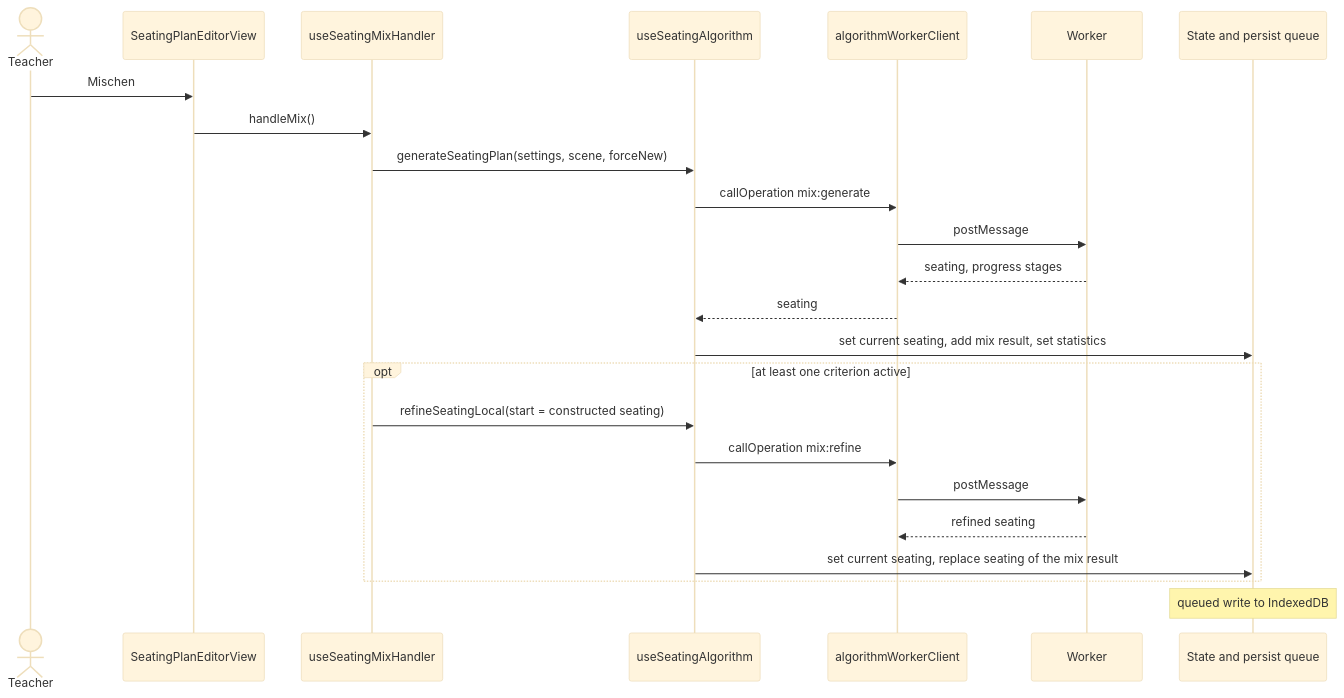
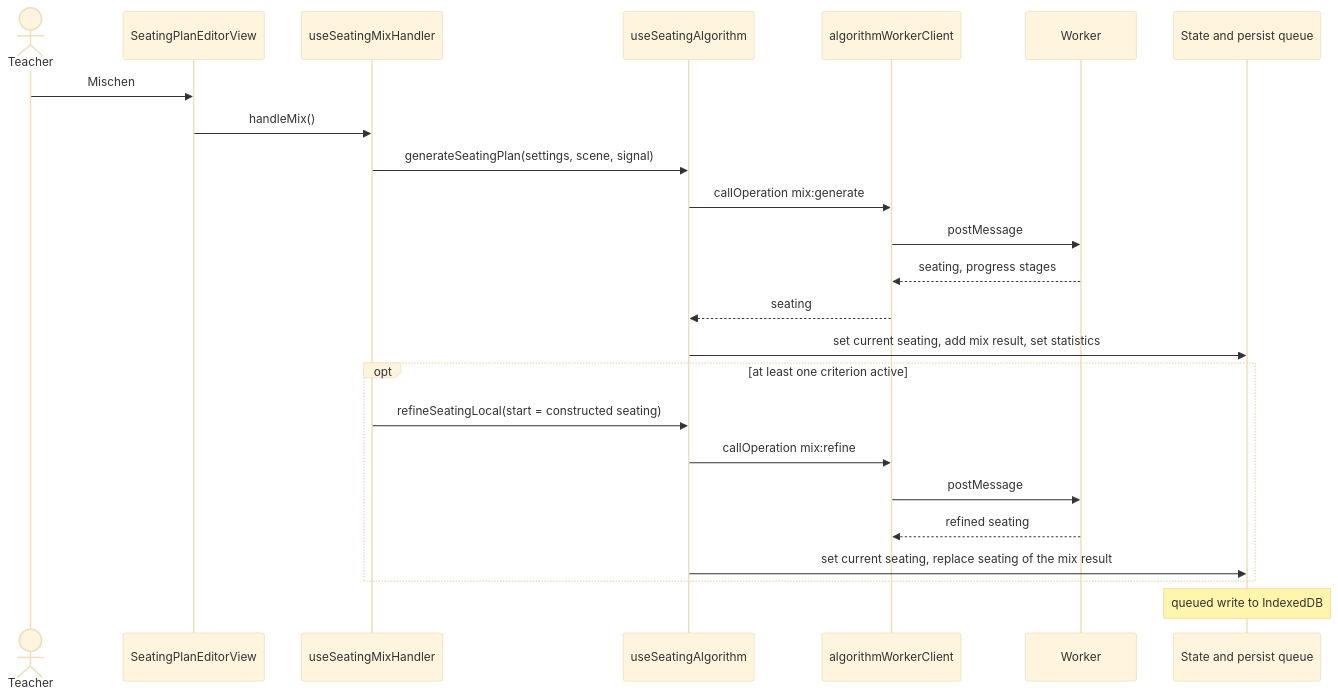
Before and after one commit to SirEckehard/Klassenplan: the second of 3 diagrams in docs/ARCHITECTURE.md, drawn with Mermaid (base theme). The commit also changed 80 other files, not shown here.

````diff
--- a/docs/ARCHITECTURE.md
+++ b/docs/ARCHITECTURE.md
@@ -203,27 +203,27 @@
 ```mermaid
 sequenceDiagram
   actor teacher as Teacher
   participant view as SeatingPlanEditorView
   participant mix as useSeatingMixHandler
   participant algo as useSeatingAlgorithm
   participant client as algorithmWorkerClient
   participant worker as Worker
   participant state as State and persist queue
 
   teacher->>view: Mischen
   view->>mix: handleMix()
-  mix->>algo: generateSeatingPlan(settings, scene, forceNew)
+  mix->>algo: generateSeatingPlan(settings, scene, signal)
   algo->>client: callOperation mix:generate
   client->>worker: postMessage
   worker-->>client: seating, progress stages
   client-->>algo: seating
   algo->>state: set current seating, add mix result, set statistics
   opt at least one criterion active
     mix->>algo: refineSeatingLocal(start = constructed seating)
     algo->>client: callOperation mix:refine
     client->>worker: postMessage
     worker-->>client: refined seating
     algo->>state: set current seating, replace seating of the mix result
   end
   Note over state: queued write to IndexedDB
 ```
````
